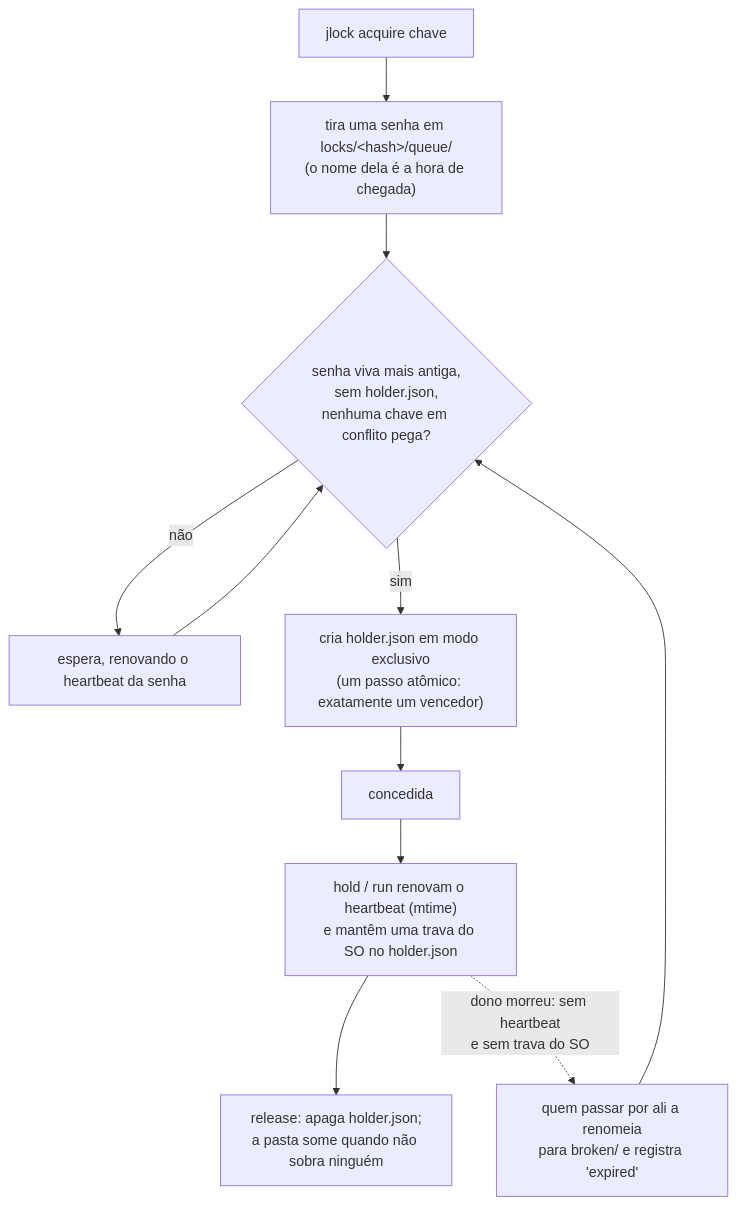
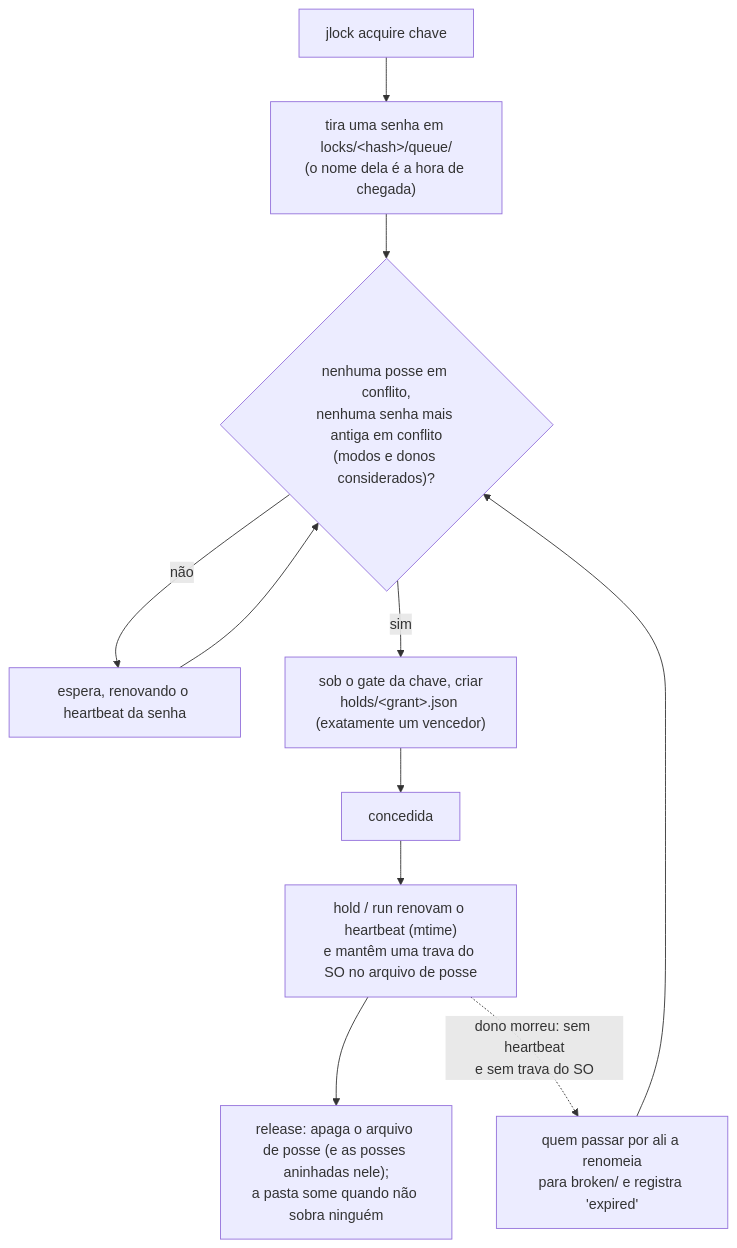
The diagram in README.pt-BR.md (rodrigojager/jlock), drawn with Mermaid before and after one commit. The commit also changed other lines of this file and 10 other files, not shown here.

````diff
--- a/README.pt-BR.md
+++ b/README.pt-BR.md
@@ -219,12 +266,12 @@
 ```mermaid
 flowchart TD
     A["jlock acquire chave"] --> B["tira uma senha em locks/&lt;hash&gt;/queue/<br/>(o nome dela é a hora de chegada)"]
-    B --> C{"senha viva mais antiga,<br/>sem holder.json,<br/>nenhuma chave em conflito pega?"}
+    B --> C{"nenhuma posse em conflito,<br/>nenhuma senha mais antiga em conflito<br/>(modos e donos considerados)?"}
     C -- não --> W["espera, renovando o heartbeat da senha"] --> C
-    C -- sim --> D["cria holder.json em modo exclusivo<br/>(um passo atômico: exatamente um vencedor)"]
+    C -- sim --> D["sob o gate da chave, criar<br/>holds/&lt;grant&gt;.json (exatamente um vencedor)"]
     D --> E["concedida"]
-    E --> H["hold / run renovam o heartbeat (mtime)<br/>e mantêm uma trava do SO no holder.json"]
-    H --> R["release: apaga holder.json;<br/>a pasta some quando não sobra ninguém"]
+    E --> H["hold / run renovam o heartbeat (mtime)<br/>e mantêm uma trava do SO no arquivo de posse"]
+    H --> R["release: apaga o arquivo de posse (e as posses aninhadas nele);<br/>a pasta some quando não sobra ninguém"]
     H -. "dono morreu: sem heartbeat<br/>e sem trava do SO" .-> X["quem passar por ali a renomeia<br/>para broken/ e registra 'expired'"]
     X --> C
 ```
````
